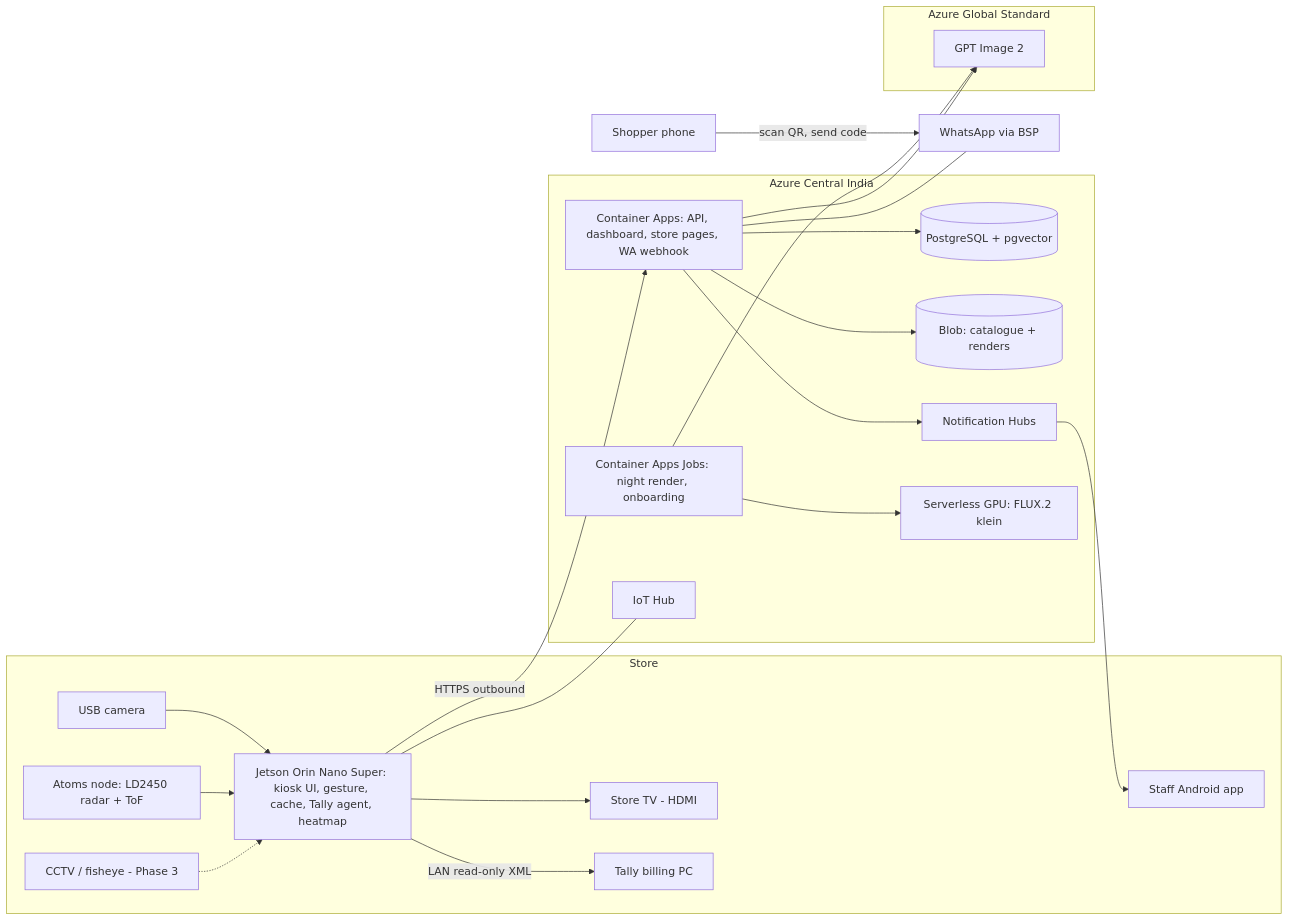
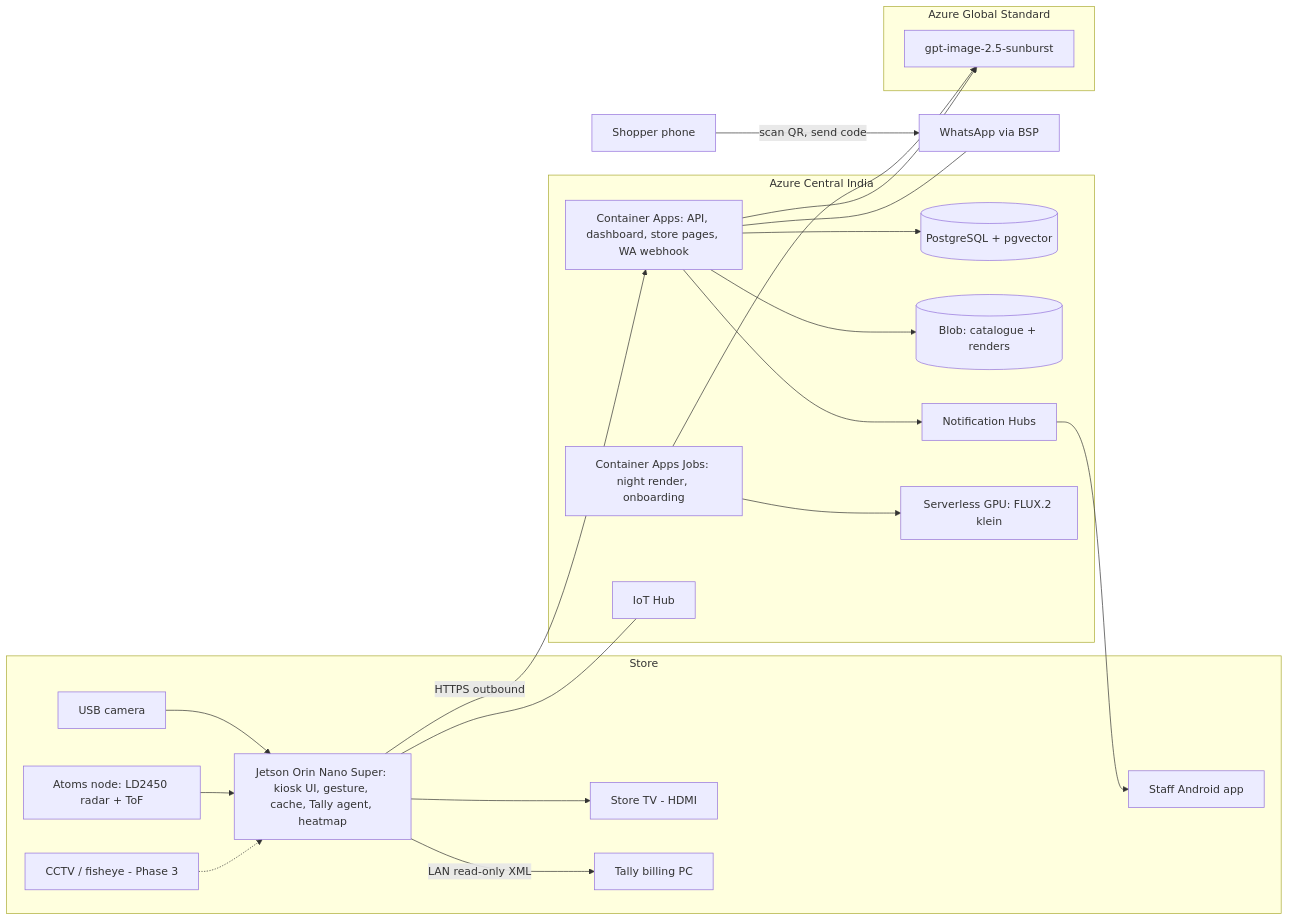
Before and after one commit to kenzzhood/AuraFit: the first of 3 diagrams in docs/product/AuraFit_Product_Spec_v1.md, drawn with Mermaid. The commit also changed other lines of this file and 23 other files, not shown here.

First line of the commit message:
Pin adult try-on to Azure gpt-image-2.5-sunburst.

````diff
--- a/docs/product/AuraFit_Product_Spec_v1.md
+++ b/docs/product/AuraFit_Product_Spec_v1.md
@@ -842,41 +842,41 @@
 ```mermaid
 flowchart LR
   subgraph Store
     TV[Store TV - HDMI]
     CAM[USB camera]
     ATOMS[Atoms node: LD2450 radar + ToF]
     JET[Jetson Orin Nano Super: kiosk UI, gesture, cache, Tally agent, heatmap]
     CCTV[CCTV / fisheye - Phase 3]
     TALLY[Tally billing PC]
     STAFF[Staff Android app]
     CAM --> JET
     ATOMS --> JET
     CCTV -.-> JET
     JET --> TV
     JET -- LAN read-only XML --> TALLY
   end
   subgraph AzureCentralIndia[Azure Central India]
     API[Container Apps: API, dashboard, store pages, WA webhook]
     DB[(PostgreSQL + pgvector)]
     BLOB[(Blob: catalogue + renders)]
     JOBS[Container Apps Jobs: night render, onboarding]
     IOT[IoT Hub]
     NH[Notification Hubs]
     GPU[Serverless GPU: FLUX.2 klein]
   end
   subgraph AzureGlobal[Azure Global Standard]
-    GPT[GPT Image 2]
+    GPT[gpt-image-2.5-sunburst]
   end
   WA[WhatsApp via BSP]
   SHOP[Shopper phone]
   JET -- HTTPS outbound --> API
   JET --- IOT
   API --> DB
   API --> BLOB
   JOBS --> GPT
   JOBS --> GPU
   API --> GPT
   API --> NH --> STAFF
   API --- WA
   SHOP -- scan QR, send code --> WA
 ```
````
